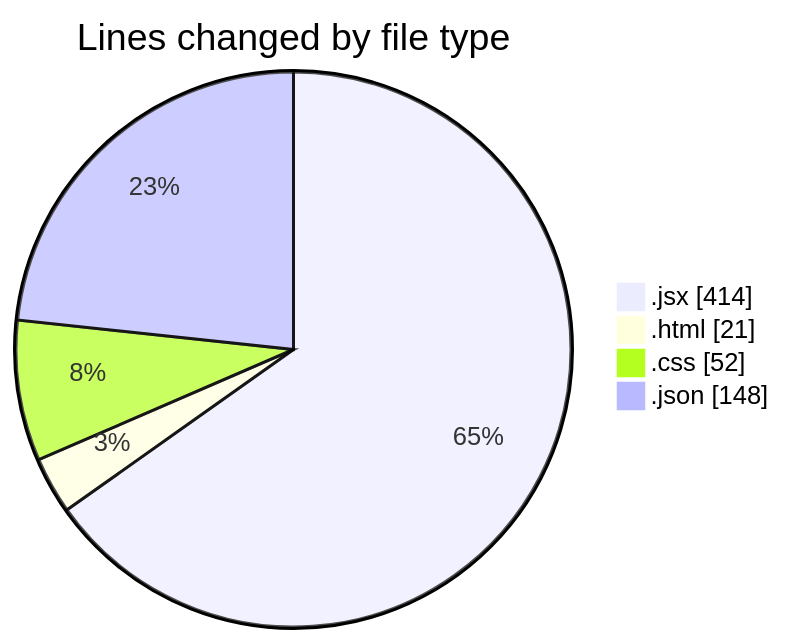
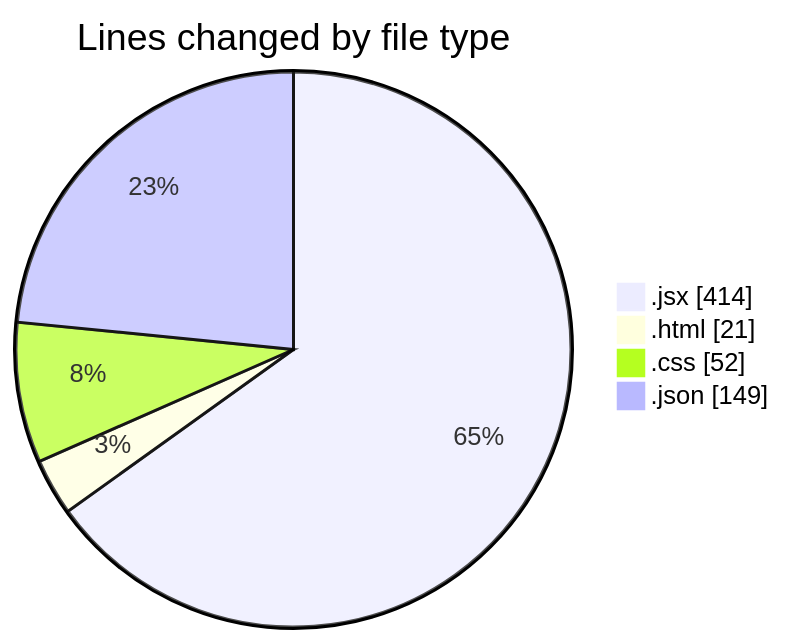
One commit to Elitesun/code-tracking changed the first of 2 diagrams in 2025-02-13/elitegpt/README.md. Above: the diagram before and after it, drawn with Mermaid. The commit also changed other lines of this file and 1 other file, not shown here.

````diff
--- a/2025-02-13/elitegpt/README.md
+++ b/2025-02-13/elitegpt/README.md
@@ -29,8 +29,8 @@
 ```mermaid
 pie showData
 title Lines changed by file type
 ".jsx" : 414
 ".html" : 21
 ".css" : 52
-".json" : 148
+".json" : 149
 ```
````
